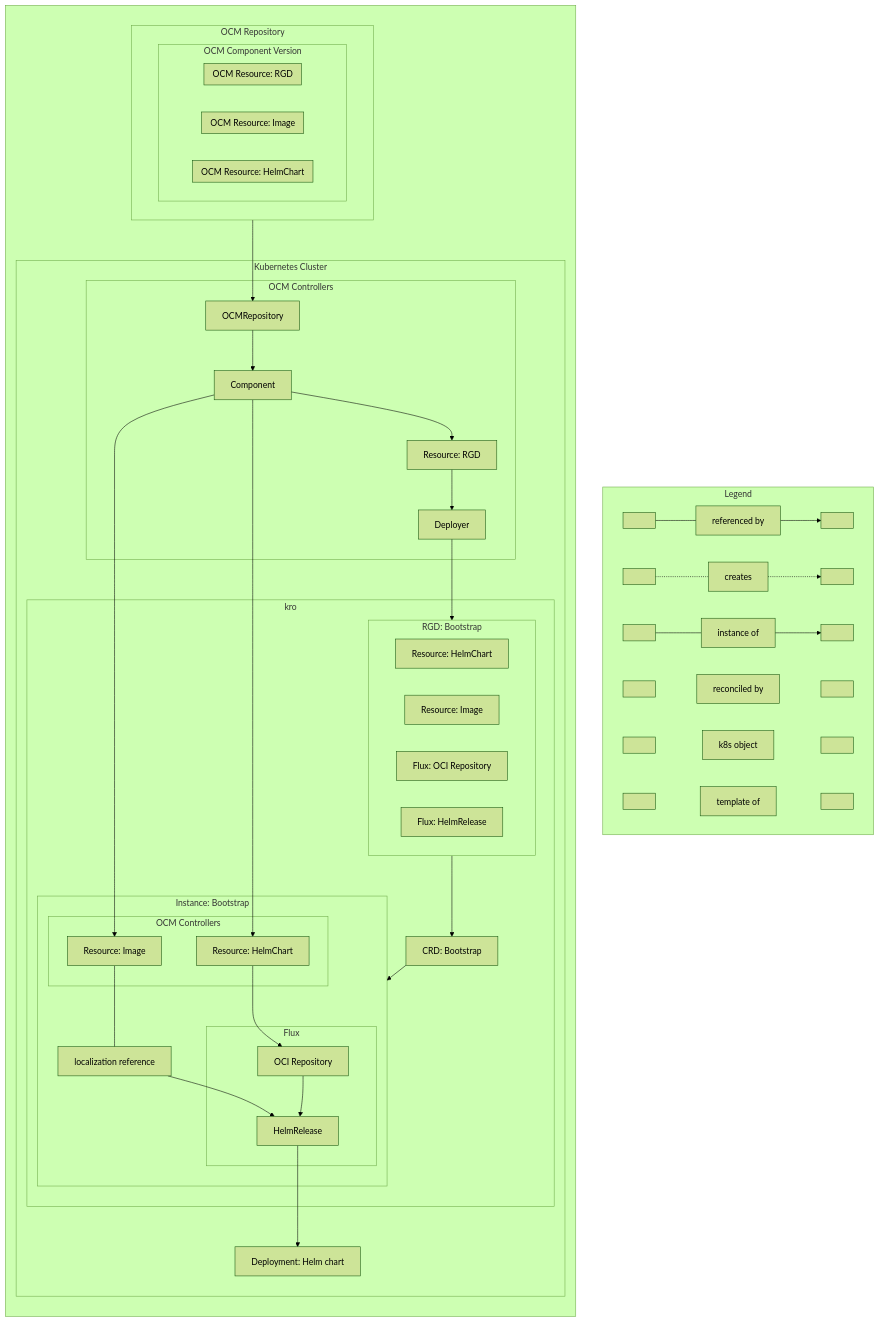
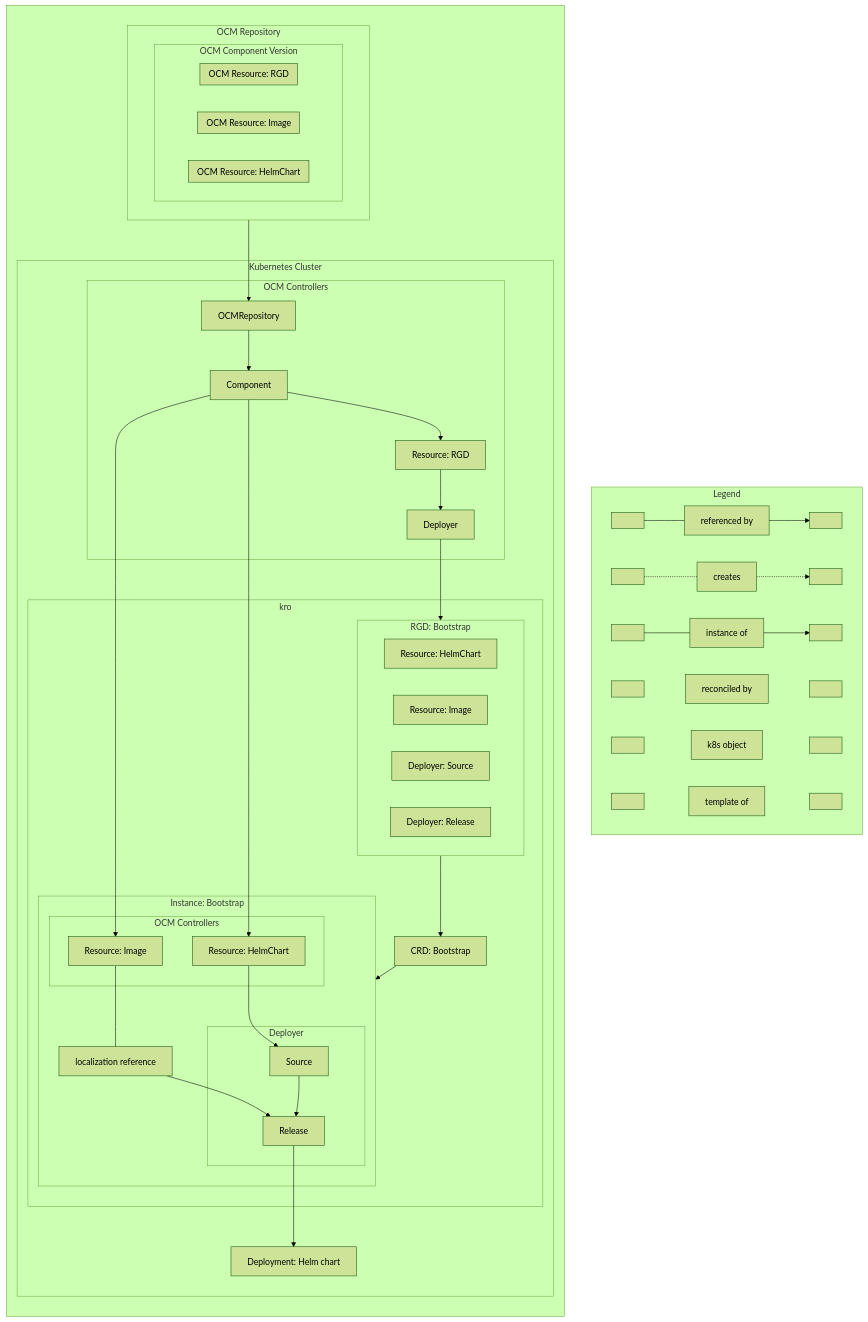
The diagram in website/content/docs/tutorials/deploy-helm-chart-bootstrap.md (open-component-model/open-component-model), drawn with Mermaid (forest theme) before and after one commit. The commit also changed other lines of this file, not shown here.

Commit message:
docs: tab deployer section in bootstrap tutorial (Flux + Argo CD)

````diff
--- a/website/content/docs/tutorials/deploy-helm-chart-bootstrap.md
+++ b/website/content/docs/tutorials/deploy-helm-chart-bootstrap.md
@@ -75,70 +75,70 @@
 ```mermaid
 flowchart TB
     subgraph legend[Legend]
         start1[ ] ---references[referenced by] --> end1[ ]
         start2[ ] -.-creates -.-> end2[ ]
         start3[ ] ---instanceOf[instance of] --> end3[ ]
         start4[ ] ~~~reconciledBy[reconciled by] ~~~ end4[ ]
         start5[ ] ~~~k8sObject[k8s object] ~~~ end5[ ]
         start6[ ] ~~~templateOf[template of] ~~~ end6[ ]
     end
 
     subgraph background[ ]
         direction TB
         subgraph ocmRepo[OCM Repository]
             subgraph ocmCV[OCM Component Version]
                 direction RL
                 subgraph ocmResourceHelm[OCM Resource: HelmChart]
                 end
                 subgraph ocmResourceImage[OCM Resource: Image]
                 end
                 subgraph ocmResourceRGD[OCM Resource: RGD]
                 end
             end
         end
 
         subgraph k8sCluster[Kubernetes Cluster]
             subgraph bootstrap[OCM Controllers]
                 k8sRepo[OCMRepository]
                 k8sComponent[Component]
                 k8sResourceRGD[Resource: RGD]
                 k8sDeployer[Deployer]
             end
             subgraph kro[kro]
                 subgraph rgd[RGD: Bootstrap]
                     rgdResourceHelm[Resource: HelmChart]
                     rgdResourceImage[Resource: Image]
-                    rgdSource[Flux: OCI Repository]
-                    rgdHelmRelease[Flux: HelmRelease]
+                    rgdSource[Deployer: Source]
+                    rgdHelmRelease[Deployer: Release]
                 end
                 crdBootstrap[CRD: Bootstrap]
                 subgraph instanceBootstrap[Instance: Bootstrap]
                     subgraph ocmControllers[OCM Controllers]
                         k8sResourceHelm[Resource: HelmChart]
                         k8sResourceImage[Resource: Image]
                     end
-                    subgraph flux[Flux]
-                        source[OCI Repository]
-                        helmRelease[HelmRelease]
+                    subgraph deployer[Deployer]
+                        source[Source]
+                        helmRelease[Release]
                     end
                     k8sResourceImage ---info[localization reference] --> helmRelease
                 end
             end
             helmRelease --> deployment[Deployment: Helm chart]
         end
 
         ocmRepo --> k8sRepo --> k8sComponent --> k8sResourceRGD --> k8sDeployer --> rgd --> crdBootstrap --> instanceBootstrap
         k8sComponent --> k8sResourceHelm & k8sResourceImage
         k8sResourceHelm --> source --> helmRelease
     end
 
     class start1,end1,start2,end2,start3,end3,start4,end4,start5,end5,start6,end6 legendStartEnd;
     class references,creates,instanceOf legendItems;
     class templateOf,rgdResourceHelm,rgdResourceImage,rgdSource,rgdHelmRelease templateOf;
     class info information;
-    class reconciledBy,ocmK8sToolkit,bootstrap,flux,kro reconciledBy;
+    class reconciledBy,ocmK8sToolkit,bootstrap,deployer,kro reconciledBy;
     class k8sObject,rgd,k8sRepo,k8sComponent,k8sResourceRGD,k8sDeployer,k8sResourceHelm,k8sResourceImage,source,helmRelease,deployment,crdBootstrap,instanceBootstrap k8sObject;
     class ocmRepo,ocmCV,ocmResourceHelm,ocmResourceRGD,ocmResourceImage ocm;
     class k8sCluster cluster;
     class legend legendStyle;
 ```
````
